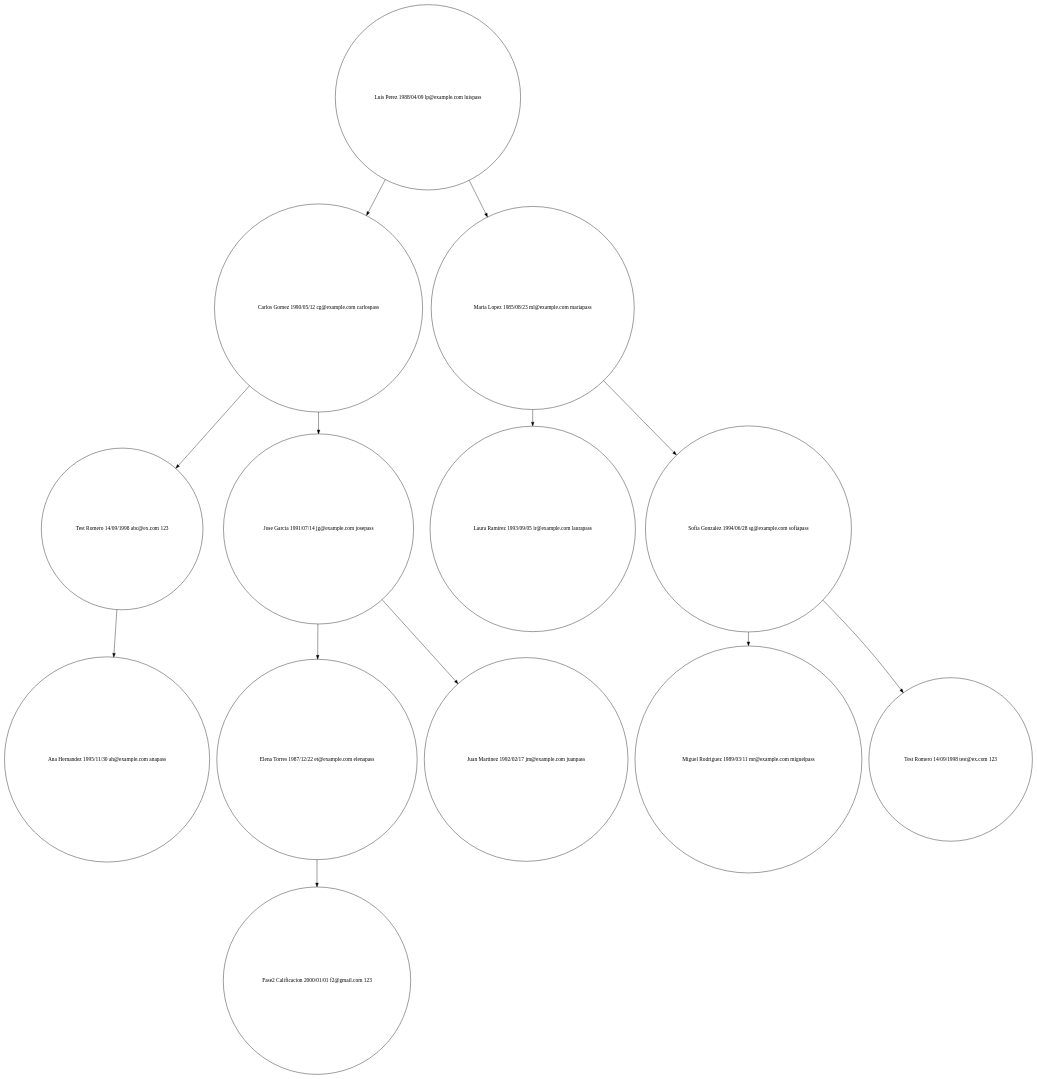
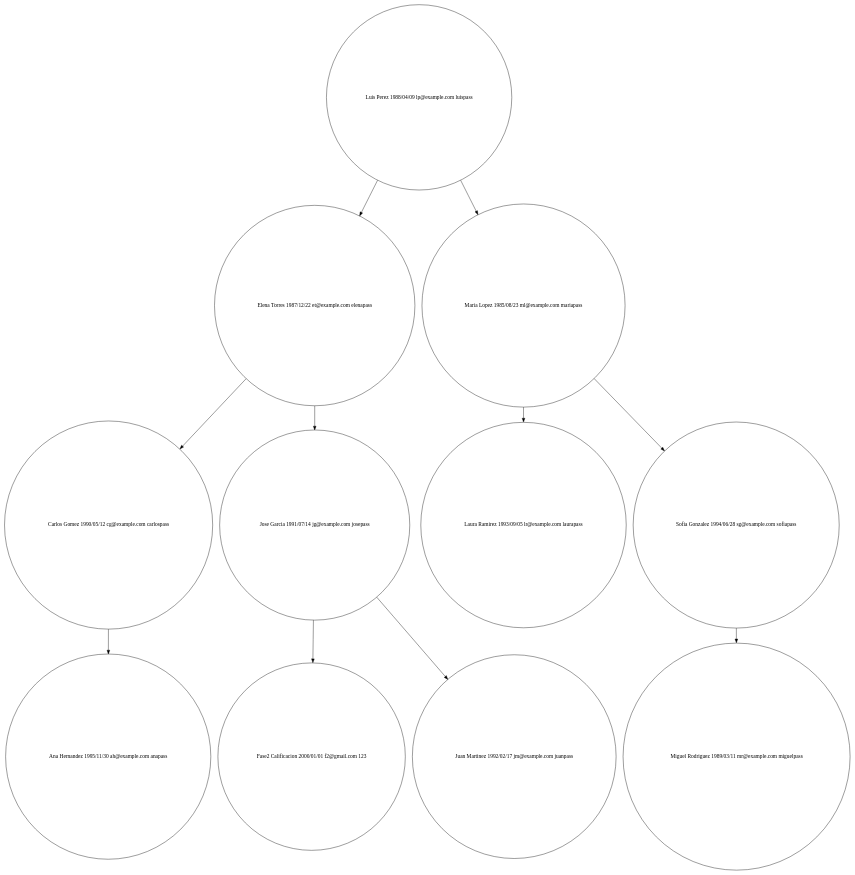
Before and after one commit to TheSuppaOnion/EDD_Social-Structure_201708880: the diagram in Fase_2/build/Desktop_Qt_6_7_3_MinGW_64_bit-Debug/usuarios.dot, drawn with Graphviz. The commit also changed 825 other files, not shown here.

```diff
--- a/Fase_2/build/Desktop_Qt_6_7_3_MinGW_64_bit-Debug/usuarios.dot
+++ b/Fase_2/build/Desktop_Qt_6_7_3_MinGW_64_bit-Debug/usuarios.dot
@@ -1,28 +1,24 @@
 digraph G {
 node [shape=circle];
 "Nodo1" [label="Luis Perez 1988/04/09 lp@example.com luispass "];
 "Nodo1" -> "Nodo2";
-"Nodo2" [label="Carlos Gomez 1990/05/12 cg@example.com carlospass "];
+"Nodo2" [label="Elena Torres 1987/12/22 et@example.com elenapass "];
 "Nodo2" -> "Nodo4";
-"Nodo4" [label="Test Romero 14/09/1998 abc@ex.com 123 "];
-"Nodo4" -> "Nodo7";
-"Nodo7" [label="Ana Hernandez 1995/11/30 ah@example.com anapass "];
+"Nodo4" [label="Carlos Gomez 1990/05/12 cg@example.com carlospass "];
+"Nodo4" -> "Nodo6";
+"Nodo6" [label="Ana Hernandez 1995/11/30 ah@example.com anapass "];
 "Nodo2" -> "Nodo5";
 "Nodo5" [label="Jose Garcia 1991/07/14 jg@example.com josepass "];
 "Nodo5" -> "Nodo10";
-"Nodo10" [label="Elena Torres 1987/12/22 et@example.com elenapass "];
-"Nodo10" -> "Nodo13";
-"Nodo13" [label="Fase2 Calificacion 2000/01/01 f2@gmail.com 123 "];
+"Nodo10" [label="Fase2 Calificacion 2000/01/01 f2@gmail.com 123 "];
 "Nodo5" -> "Nodo11";
 "Nodo11" [label="Juan Martinez 1992/02/17 jm@example.com juanpass "];
 "Nodo1" -> "Nodo3";
 "Nodo3" [label="Maria Lopez 1985/08/23 ml@example.com mariapass "];
-"Nodo3" -> "Nodo18";
-"Nodo18" [label="Laura Ramirez 1993/09/05 lr@example.com laurapass "];
-"Nodo3" -> "Nodo19";
-"Nodo19" [label="Sofia Gonzalez 1994/06/28 sg@example.com sofiapass "];
-"Nodo19" -> "Nodo22";
-"Nodo22" [label="Miguel Rodriguez 1989/03/11 mr@example.com miguelpass "];
-"Nodo19" -> "Nodo23";
-"Nodo23" [label="Test Romero 14/09/1998 test@ex.com 123 "];
+"Nodo3" -> "Nodo16";
+"Nodo16" [label="Laura Ramirez 1993/09/05 lr@example.com laurapass "];
+"Nodo3" -> "Nodo17";
+"Nodo17" [label="Sofia Gonzalez 1994/06/28 sg@example.com sofiapass "];
+"Nodo17" -> "Nodo20";
+"Nodo20" [label="Miguel Rodriguez 1989/03/11 mr@example.com miguelpass "];
 }
```
